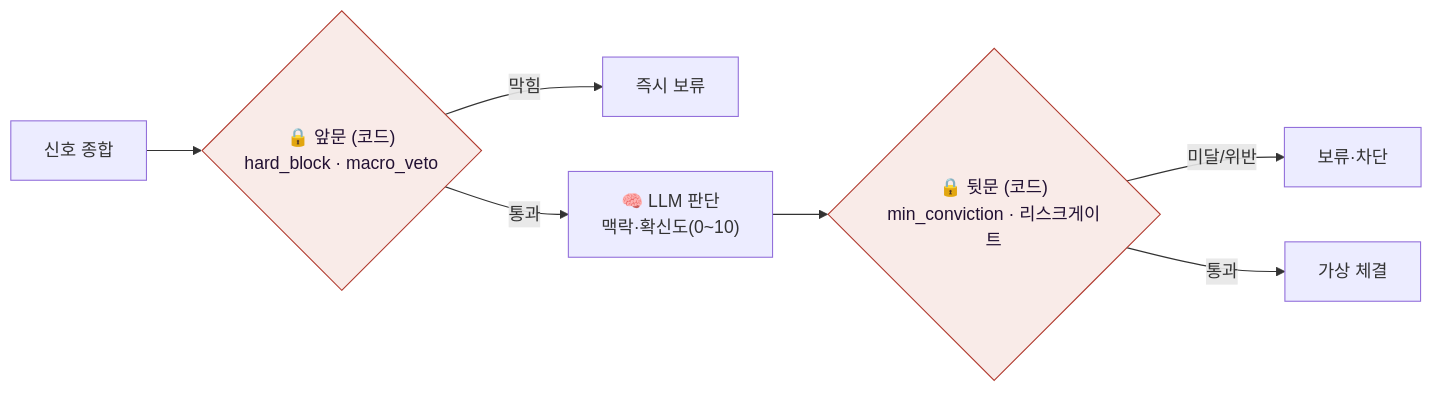
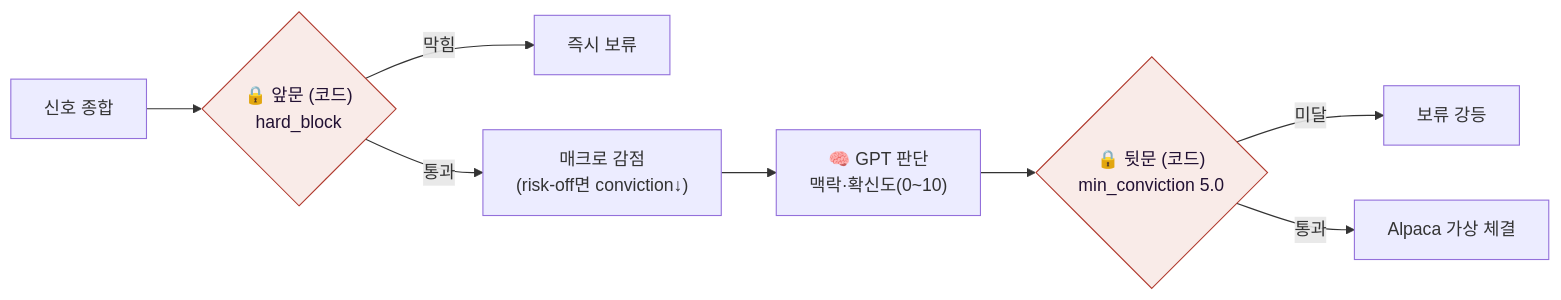
Before and after one commit to jaymunsh/quantinue-wiki: the second of 3 diagrams in documents/facts/파이프라인.md, drawn with Mermaid. The commit also changed other lines of this file and 4 other files, not shown here.

````diff
--- a/documents/facts/파이프라인.md
+++ b/documents/facts/파이프라인.md
@@ -55,12 +73,13 @@
 ```mermaid
 flowchart LR
-  IN[신호 종합] --> FRONT{"🔒 앞문 (코드)<br/>hard_block · macro_veto"}
+  IN[신호 종합] --> FRONT{"🔒 앞문 (코드)<br/>hard_block"}
   FRONT -->|막힘| STOP1["즉시 보류"]
-  FRONT -->|통과| LLM["🧠 LLM 판단<br/>맥락·확신도(0~10)"]
-  LLM --> BACK{"🔒 뒷문 (코드)<br/>min_conviction · 리스크게이트"}
-  BACK -->|미달/위반| STOP2["보류·차단"]
-  BACK -->|통과| BUY["가상 체결"]
+  FRONT -->|통과| MACRO["매크로 감점<br/>(risk-off면 conviction↓)"]
+  MACRO --> LLM["🧠 GPT 판단<br/>맥락·확신도(0~10)"]
+  LLM --> BACK{"🔒 뒷문 (코드)<br/>min_conviction 5.0"}
+  BACK -->|미달| STOP2["보류 강등"]
+  BACK -->|통과| BUY["Alpaca 가상 체결"]
 
   classDef gate fill:#f9ebe8,stroke:#b03a2e,color:#213
   class FRONT,BACK gate
 ```
````
